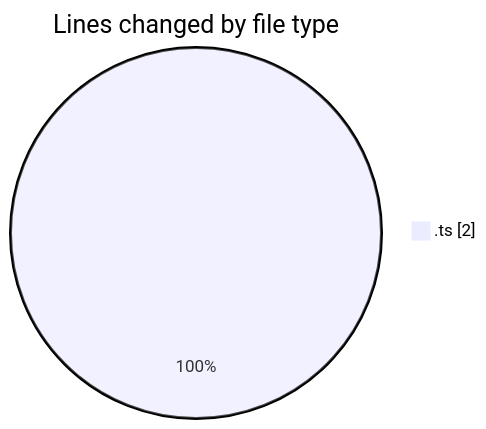
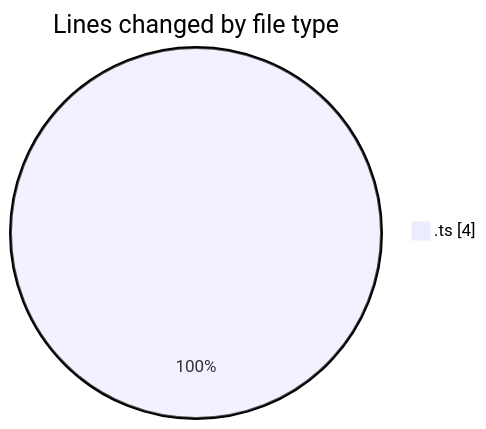
Before and after one commit to tmsrecording-cyber/code-tracking: the first of 2 diagrams in 2026-02-05/singularitybrainai/README.md, drawn with Mermaid. The commit also changed other lines of this file and 1 other file, not shown here.

````diff
--- a/2026-02-05/singularitybrainai/README.md
+++ b/2026-02-05/singularitybrainai/README.md
@@ -20,5 +20,5 @@
 ```mermaid
 pie showData
 title Lines changed by file type
-".ts" : 2
+".ts" : 4
 ```
````
